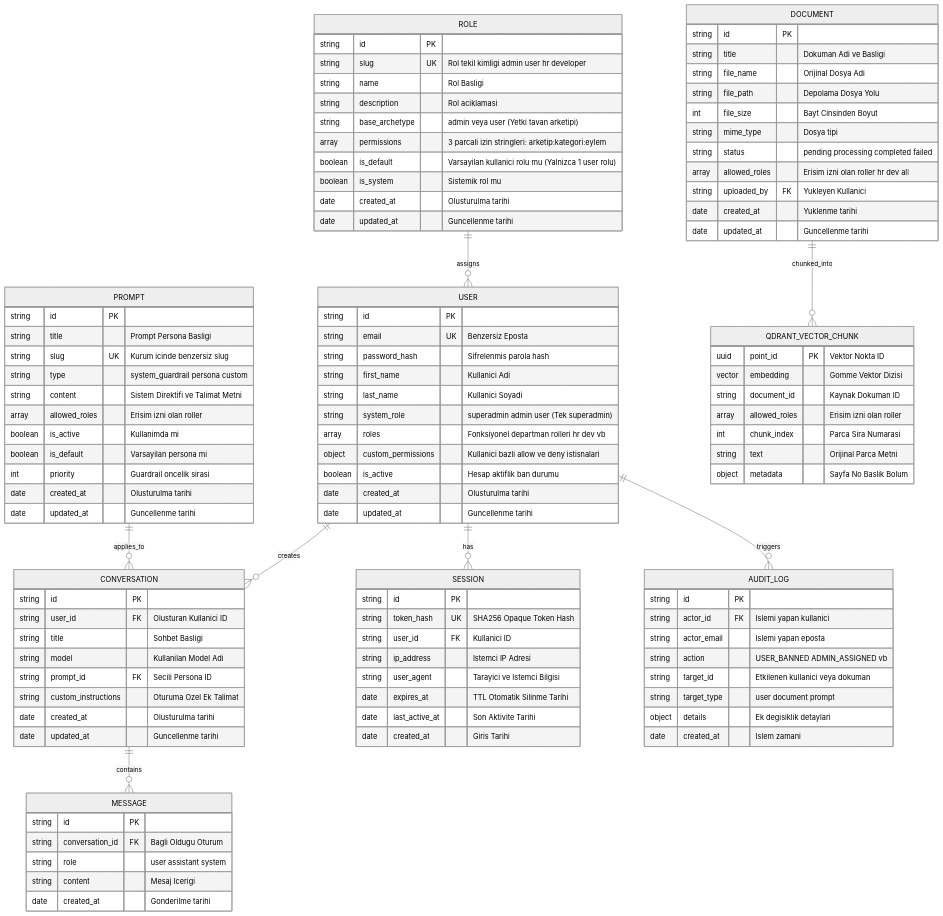
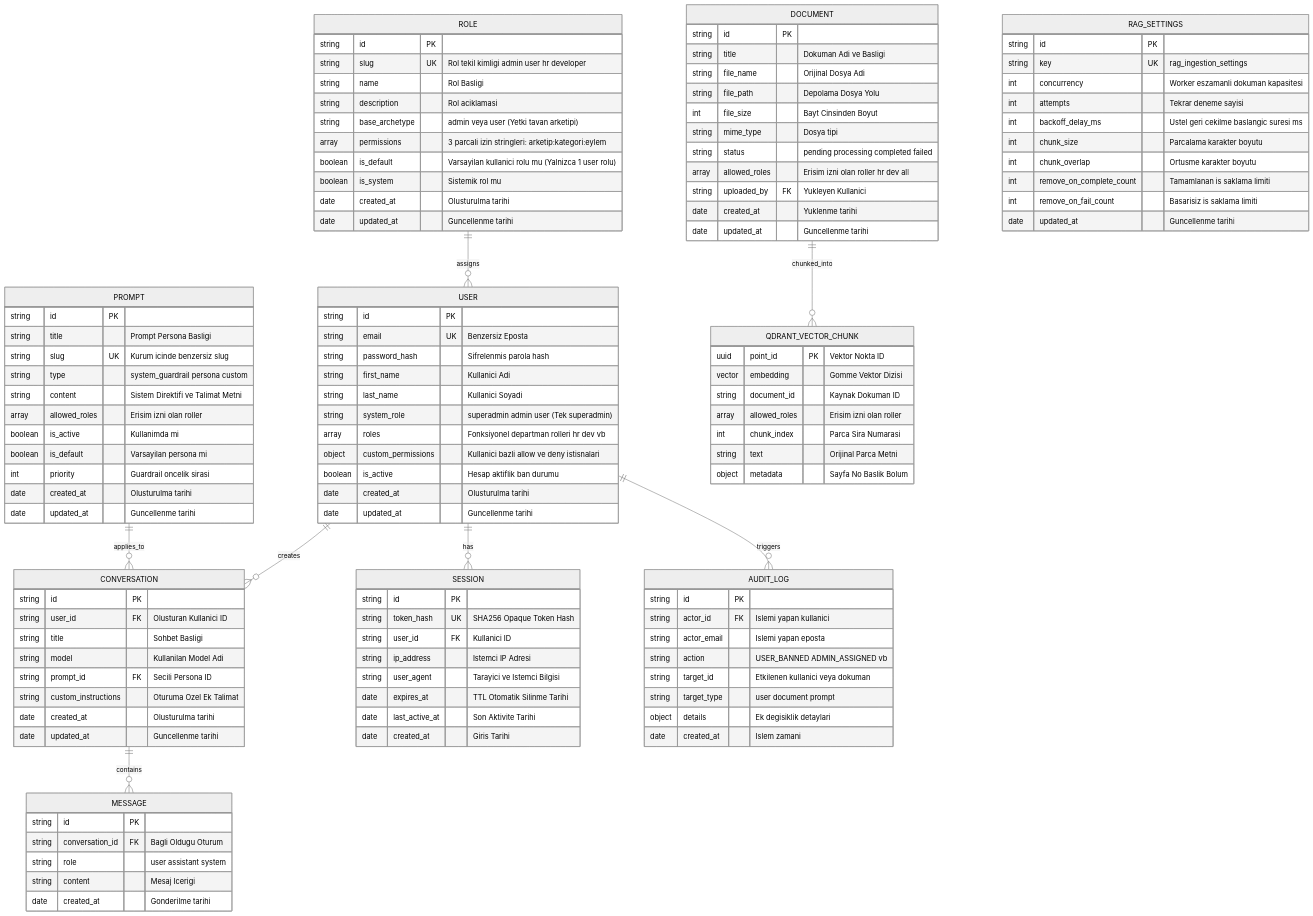
The first of 5 diagrams in documents/common/data_and_business_workflows.md (aemreceylan/localAIApp), drawn with Mermaid (neutral theme) before and after one commit. The commit also changed 28 other files, not shown here.

Commit message:
feat: initialize backend service with RAG extraction, vector embedding, and BullMQ worker pipeline

````diff
--- a/documents/common/data_and_business_workflows.md
+++ b/documents/common/data_and_business_workflows.md
@@ -141,4 +141,17 @@
         string text "Orijinal Parca Metni"
         object metadata "Sayfa No Baslik Bolum"
     }
+
+    RAG_SETTINGS {
+        string id PK
+        string key UK "rag_ingestion_settings"
+        int concurrency "Worker eszamanli dokuman kapasitesi"
+        int attempts "Tekrar deneme sayisi"
+        int backoff_delay_ms "Ustel geri cekilme baslangic suresi ms"
+        int chunk_size "Parcalama karakter boyutu"
+        int chunk_overlap "Ortusme karakter boyutu"
+        int remove_on_complete_count "Tamamlanan is saklama limiti"
+        int remove_on_fail_count "Basarisiz is saklama limiti"
+        date updated_at "Guncellenme tarihi"
+    }
 ```
````
